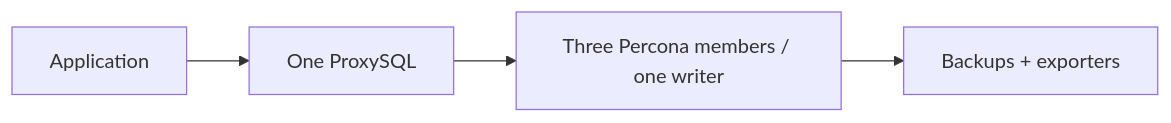
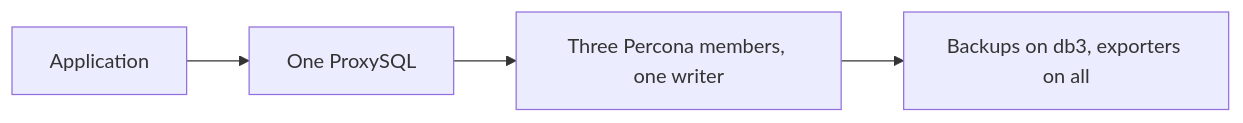
One commit to OT-OSM/percona_server changed the second of 2 diagrams in docs/deployment-runbook.md. Above: the diagram before and after it, drawn with Mermaid. The commit also changed other lines of this file and 22 other files, not shown here.

````diff
--- a/docs/deployment-runbook.md
+++ b/docs/deployment-runbook.md
@@ -61,6 +48,6 @@
 ```mermaid
 flowchart LR
   A[Application] --> P[One ProxySQL]
-  P --> G[Three Percona members / one writer]
-  G --> B[Backups + exporters]
+  P --> G[Three Percona members, one writer]
+  G --> B[Backups on db3, exporters on all]
 ```
````
